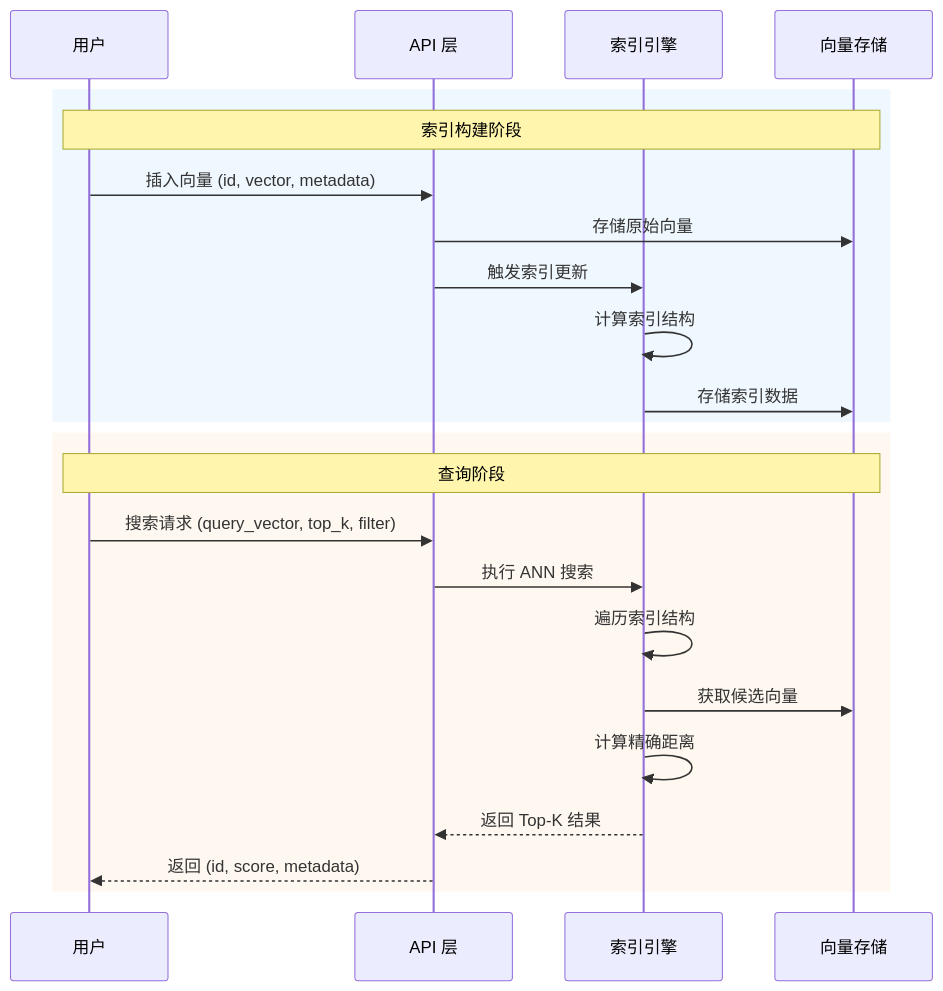
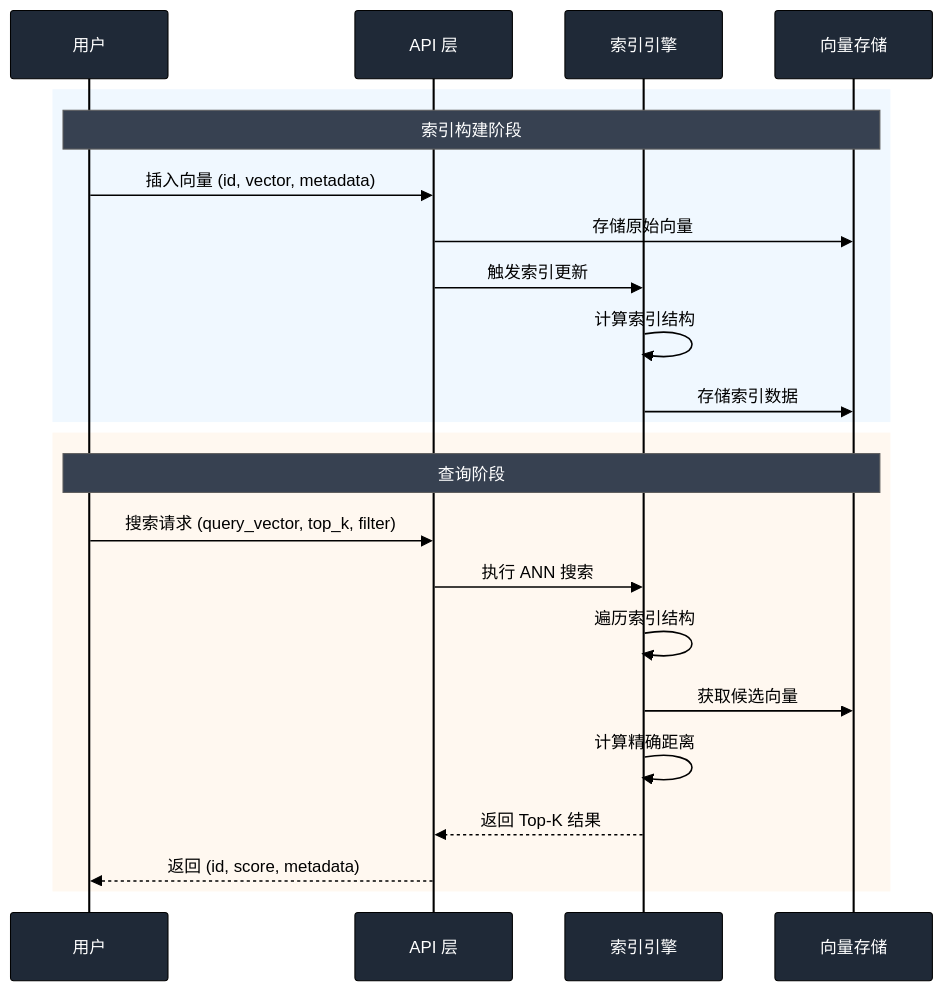
The fifth of 42 diagrams in docs/research/003-vector-search-algorithm.md (ThreeFish-AI/agentic-ai-cognizes), drawn with Mermaid before and after one commit. The commit also changed other lines of this file, not shown here.

First line of the commit message:
docs(Research): 完善 Mermaid 图表样式与主题配置;

````diff
--- a/docs/research/003-vector-search-algorithm.md
+++ b/docs/research/003-vector-search-algorithm.md
@@ -230,27 +235,28 @@
 ```mermaid
+%%{init: {'theme': 'base', 'themeVariables': {'darkMode': true, 'mainBkg': '#1f2937', 'textColor': '#000000', 'lineColor': '#000000', 'signalColor': '#000000', 'noteBkgColor': '#374151', 'noteTextColor': '#ffffff', 'actorBkg': '#1f2937', 'actorBorder': '#000000', 'actorTextColor': '#ffffff'}}}%%
 sequenceDiagram
     participant U as 用户
     participant API as API 层
     participant IDX as 索引引擎
     participant VDB as 向量存储
 
     rect rgb(240, 248, 255)
     Note over U,VDB: 索引构建阶段
     U->>API: 插入向量 (id, vector, metadata)
     API->>VDB: 存储原始向量
     API->>IDX: 触发索引更新
     IDX->>IDX: 计算索引结构
     IDX->>VDB: 存储索引数据
     end
 
     rect rgb(255, 248, 240)
     Note over U,VDB: 查询阶段
     U->>API: 搜索请求 (query_vector, top_k, filter)
     API->>IDX: 执行 ANN 搜索
     IDX->>IDX: 遍历索引结构
     IDX->>VDB: 获取候选向量
     IDX->>IDX: 计算精确距离
     IDX-->>API: 返回 Top-K 结果
     API-->>U: 返回 (id, score, metadata)
     end
 ```
````
